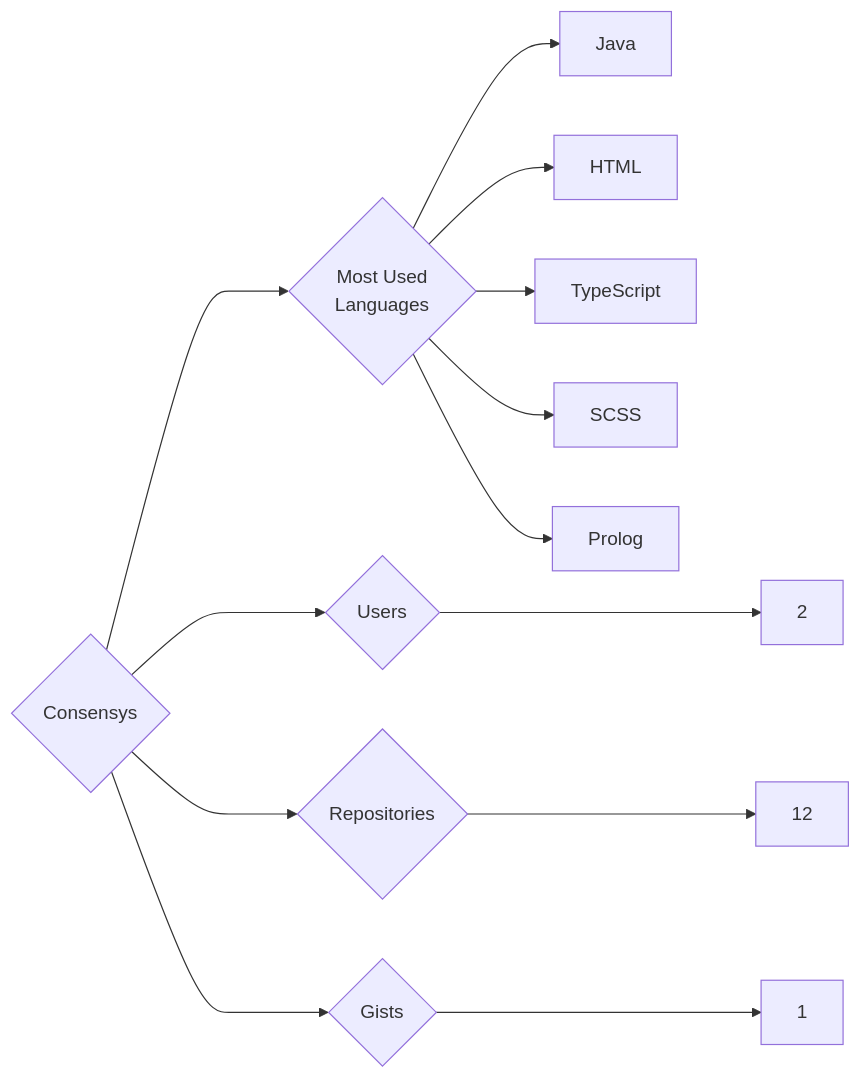
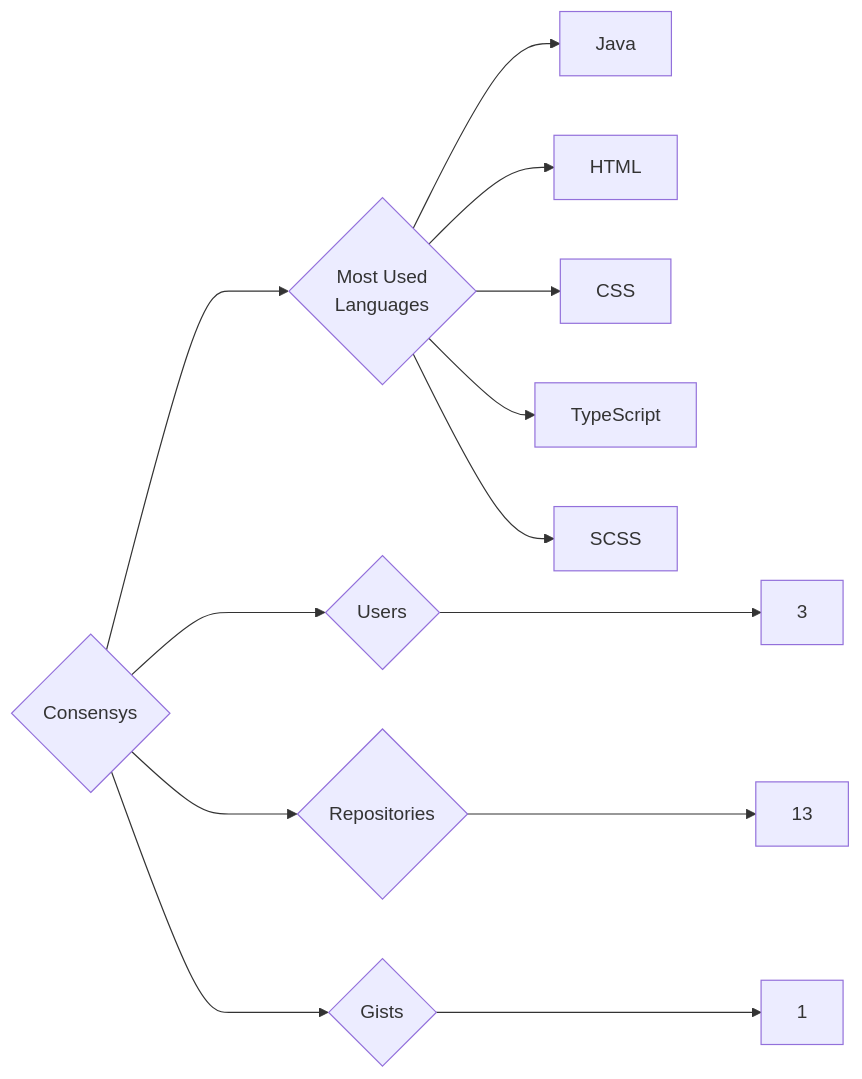
One commit to trickest/insiders changed the diagram in targets/Consensys/README.md. Above: the diagram before and after it, drawn with Mermaid. The commit also changed 938 other files, not shown here.

````diff
--- a/targets/Consensys/README.md
+++ b/targets/Consensys/README.md
@@ -3,13 +3,13 @@
 ```mermaid
 graph LR
 COMPANY_NAME{Consensys}
-COMPANY_NAME ---> U{Users} ---> UN[2]
-COMPANY_NAME ---> R{Repositories} ---> RN[12]
+COMPANY_NAME ---> U{Users} ---> UN[3]
+COMPANY_NAME ---> R{Repositories} ---> RN[13]
 COMPANY_NAME ---> G{Gists} ---> GN[1]
 COMPANY_NAME ---> ML{Most Used<br>Languages}
 ML --> Java[Java]
 ML --> HTML[HTML]
+ML --> CSS[CSS]
 ML --> TypeScript[TypeScript]
 ML --> SCSS[SCSS]
-ML --> Prolog[Prolog]
 ```
````
